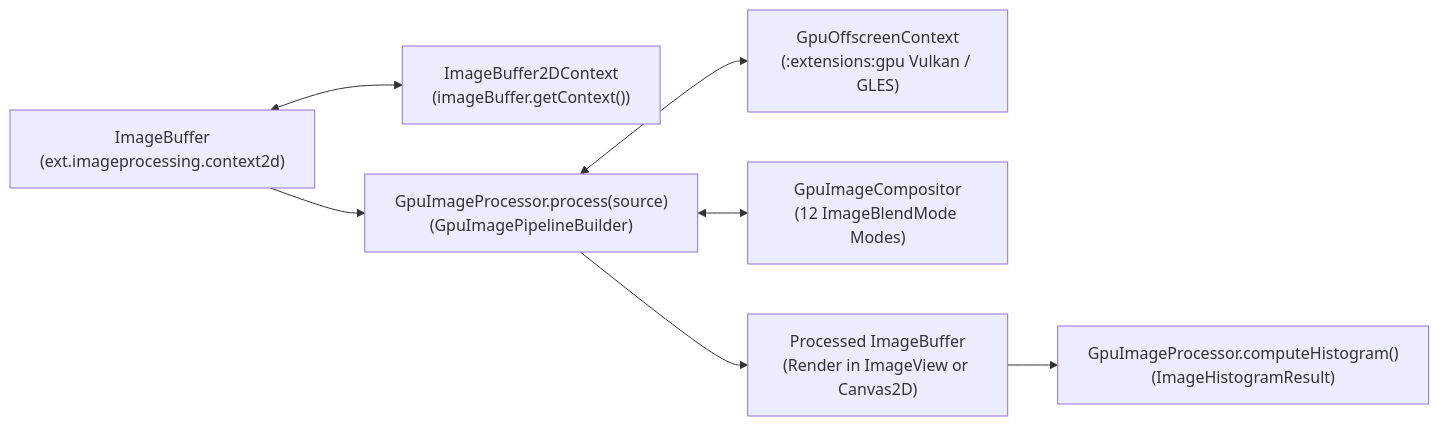
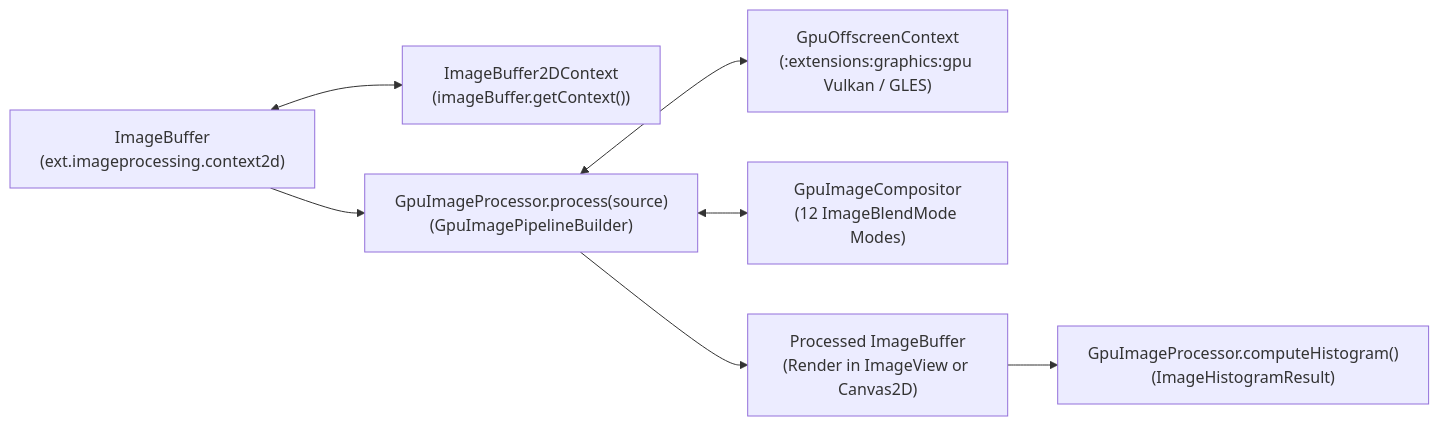
Before and after one commit to GenericUI/Extensions: the diagram in docs/imageprocessing.md, drawn with Mermaid. The commit also changed other lines of this file and 309 other files, not shown here.

Commit message:
Add schema, serviceworker, and pip extensions, upgrade overlay and media codecs/settings/volume controls, and update docs

````diff
--- a/docs/imageprocessing.md
+++ b/docs/imageprocessing.md
@@ -17,17 +17,17 @@
 ```mermaid
 flowchart LR
     Input["ImageBuffer<br/>(ext.imageprocessing.context2d)"]
     Ctx2D["ImageBuffer2DContext<br/>(imageBuffer.getContext())"]
     Builder["GpuImageProcessor.process(source)<br/>(GpuImagePipelineBuilder)"]
-    GpuCtx["GpuOffscreenContext<br/>(:extensions:gpu Vulkan / GLES)"]
+    GpuCtx["GpuOffscreenContext<br/>(:extensions:graphics:gpu Vulkan / GLES)"]
     Compositor["GpuImageCompositor<br/>(12 ImageBlendMode Modes)"]
     Histogram["GpuImageProcessor.computeHistogram()<br/>(ImageHistogramResult)"]
     Output["Processed ImageBuffer<br/>(Render in ImageView or Canvas2D)"]
 
     Input <--> Ctx2D
     Input --> Builder
     Builder <--> GpuCtx
     Builder <--> Compositor
     Builder --> Output
     Output --> Histogram
 ```
````
